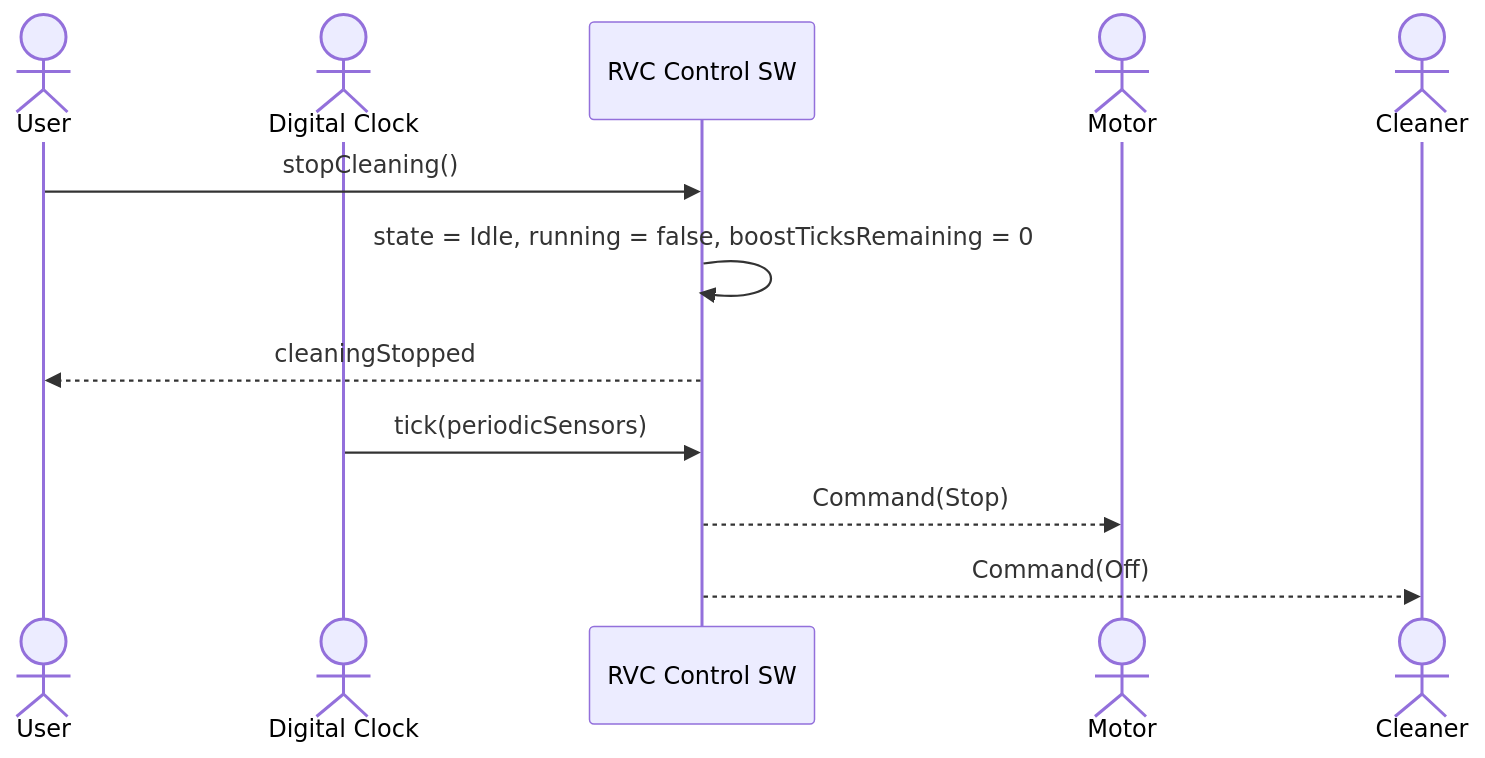
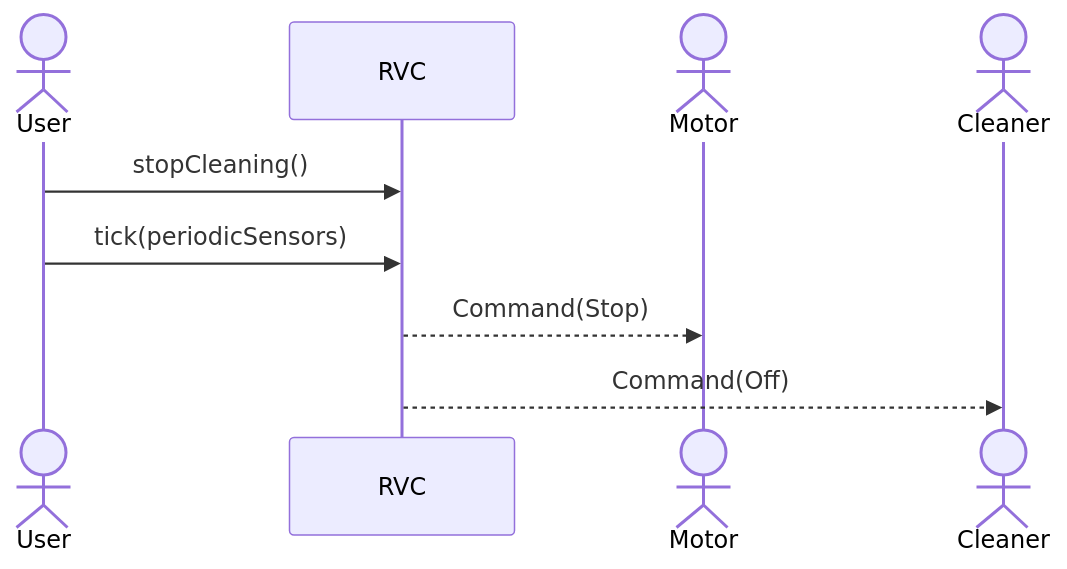
Before and after one commit to reload02/ooad-vibe: the second of 6 diagrams in docs/ooa_ssd.md, drawn with Mermaid. The commit also changed other lines of this file and 18 other files, not shown here.

First line of the commit message:
Refactor RVC architecture to enhance modularity and maintainability

````diff
--- a/docs/ooa_ssd.md
+++ b/docs/ooa_ssd.md
@@ -27,15 +20,12 @@
 ```mermaid
 sequenceDiagram
     actor User
-    actor Clock as Digital Clock
-    participant System as RVC Control SW
+    participant RVC as RVC
     actor Motor
     actor Cleaner
 
-    User->>System: stopCleaning()
-    System->>System: state = Idle, running = false, boostTicksRemaining = 0
-    System-->>User: cleaningStopped
-    Clock->>System: tick(periodicSensors)
-    System-->>Motor: Command(Stop)
-    System-->>Cleaner: Command(Off)
+    User->>RVC: stopCleaning()
+    User->>RVC: tick(periodicSensors)
+    RVC-->>Motor: Command(Stop)
+    RVC-->>Cleaner: Command(Off)
 ```
````
